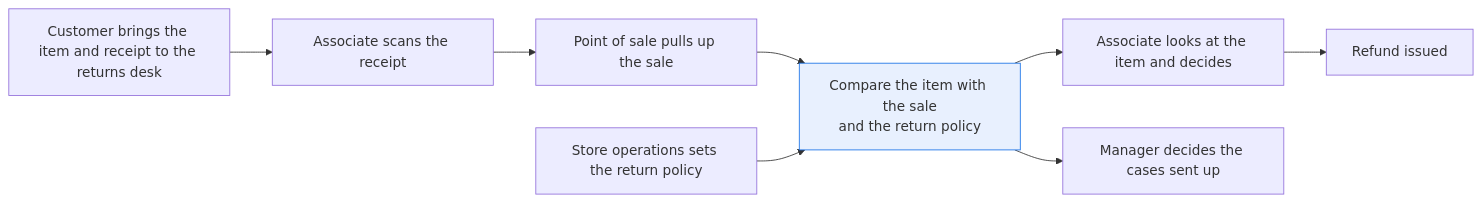
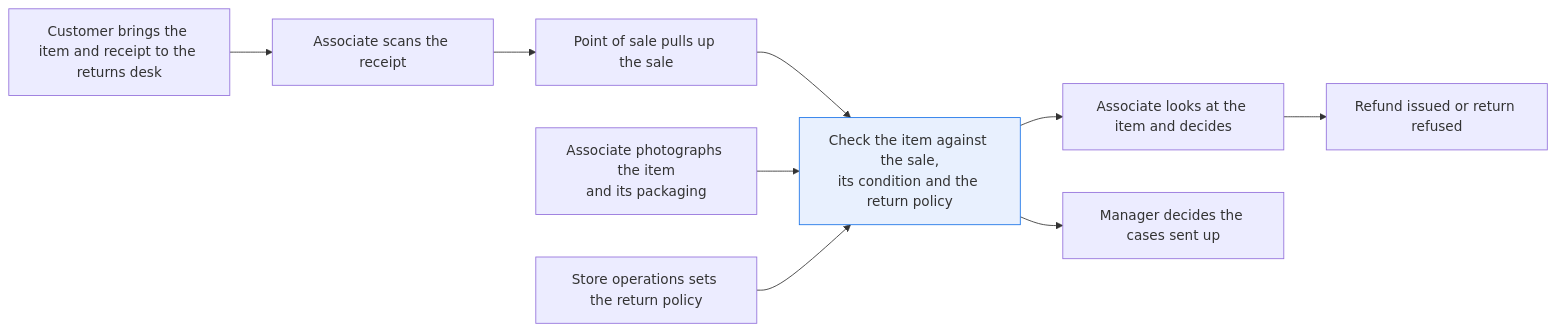
One commit to superlinked/cookbook changed the first of 2 diagrams in retail/check_returned_item_against_sale/README.md. Above: the diagram before and after it, drawn with Mermaid. The commit also changed other lines of this file and 9 other files, not shown here.

````diff
--- a/retail/check_returned_item_against_sale/README.md
+++ b/retail/check_returned_item_against_sale/README.md
@@ -41,12 +42,13 @@
 ```mermaid
 flowchart LR
     A[Customer brings the item and receipt to the returns desk] --> B[Associate scans the receipt]
     B --> C[Point of sale pulls up the sale]
-    C --> D["Compare the item with the sale<br/>and the return policy"]
+    C --> D["Check the item against the sale,<br/>its condition and the return policy"]
+    P[Associate photographs the item<br/>and its packaging] --> D
     H[Store operations sets the return policy] --> D
     D --> E[Associate looks at the item and decides]
-    E --> F[Refund issued]
+    E --> F[Refund issued or return refused]
     D --> G[Manager decides the cases sent up]
     classDef recipe fill:#e8f0fe,stroke:#1a73e8
     class D recipe;
 ```
````
